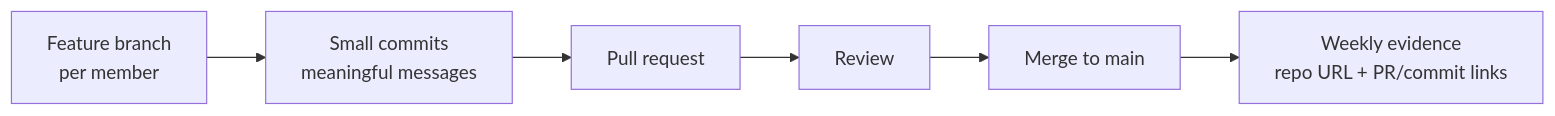
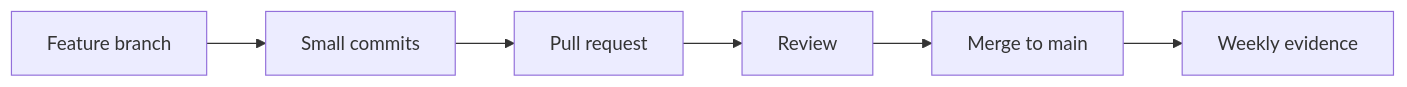
One commit to ratnsharma21/MediFinder changed the fifth of 5 diagrams in README.md. Above: the diagram before and after it, drawn with Mermaid. The commit also changed other lines of this file, not shown here.

````diff
--- a/README.md
+++ b/README.md
@@ -403,8 +473,8 @@
 ```mermaid
 flowchart LR
-  F["Feature branch<br/>per member"] --> C["Small commits<br/>meaningful messages"]
+  F["Feature branch"] --> C["Small commits"]
   C --> P["Pull request"]
   P --> R["Review"]
   R --> M["Merge to main"]
-  M --> W["Weekly evidence<br/>repo URL + PR/commit links"]
+  M --> W["Weekly evidence"]
 ```
````
